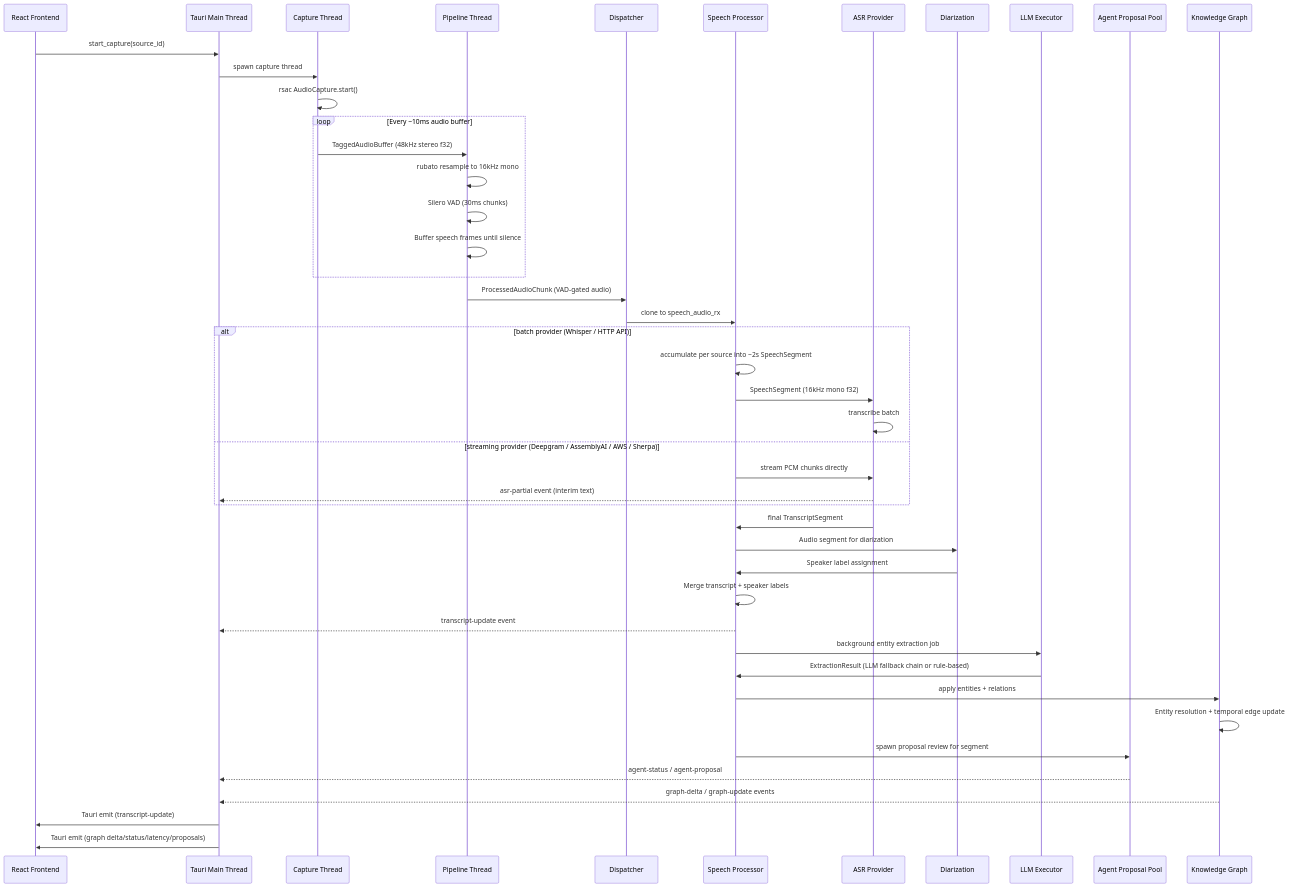
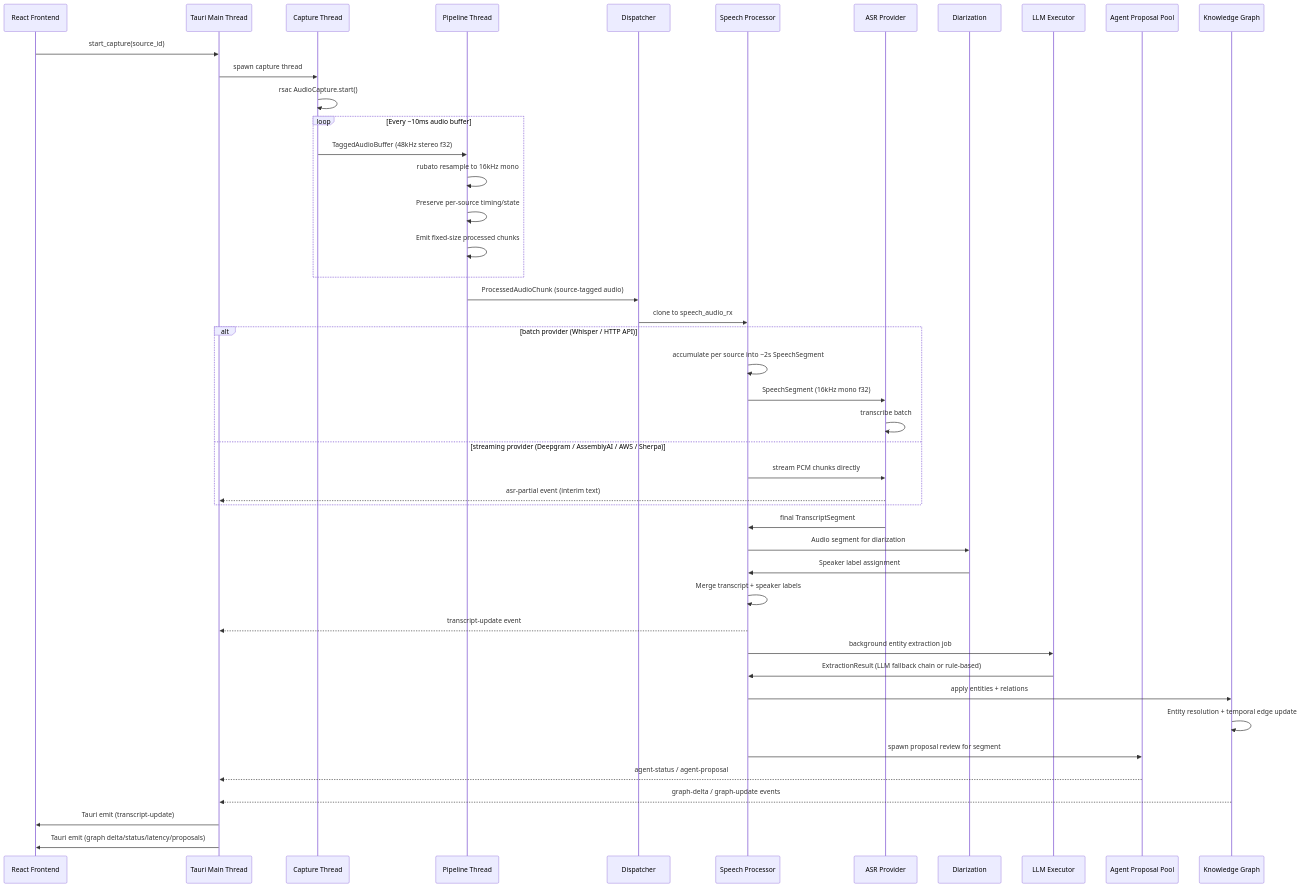
Before and after one commit to Codeseys-Labs/audio-graph: the sixth of 11 diagrams in docs/ARCHITECTURE.md, drawn with Mermaid. The commit also changed other lines of this file and 38 other files, not shown here.

````diff
--- a/docs/ARCHITECTURE.md
+++ b/docs/ARCHITECTURE.md
@@ -614,55 +622,55 @@
 ```mermaid
 sequenceDiagram
     participant UI as React Frontend
     participant Main as Tauri Main Thread
     participant Cap as Capture Thread
     participant Pipe as Pipeline Thread
     participant Disp as Dispatcher
     participant Speech as Speech Processor
     participant ASR as ASR Provider
     participant Diar as Diarization
     participant Exec as LLM Executor
     participant Agent as Agent Proposal Pool
     participant Graph as Knowledge Graph
 
     UI->>Main: start_capture(source_id)
     Main->>Cap: spawn capture thread
     Cap->>Cap: rsac AudioCapture.start()
 
     loop Every ~10ms audio buffer
         Cap->>Pipe: TaggedAudioBuffer (48kHz stereo f32)
         Pipe->>Pipe: rubato resample to 16kHz mono
-        Pipe->>Pipe: Silero VAD (30ms chunks)
-        Pipe->>Pipe: Buffer speech frames until silence
+        Pipe->>Pipe: Preserve per-source timing/state
+        Pipe->>Pipe: Emit fixed-size processed chunks
     end
 
-    Pipe->>Disp: ProcessedAudioChunk (VAD-gated audio)
+    Pipe->>Disp: ProcessedAudioChunk (source-tagged audio)
     Disp->>Speech: clone to speech_audio_rx
 
     alt batch provider (Whisper / HTTP API)
         Speech->>Speech: accumulate per source into ~2s SpeechSegment
         Speech->>ASR: SpeechSegment (16kHz mono f32)
         ASR->>ASR: transcribe batch
     else streaming provider (Deepgram / AssemblyAI / AWS / Sherpa)
         Speech->>ASR: stream PCM chunks directly
         ASR-->>Main: asr-partial event (interim text)
     end
 
     ASR->>Speech: final TranscriptSegment
 
     Speech->>Diar: Audio segment for diarization
     Diar->>Speech: Speaker label assignment
 
     Speech->>Speech: Merge transcript + speaker labels
     Speech-->>Main: transcript-update event
     Speech->>Exec: background entity extraction job
     Exec->>Speech: ExtractionResult (LLM fallback chain or rule-based)
     Speech->>Graph: apply entities + relations
     Graph->>Graph: Entity resolution + temporal edge update
     Speech->>Agent: spawn proposal review for segment
     Agent-->>Main: agent-status / agent-proposal
     Graph-->>Main: graph-delta / graph-update events
 
     Main->>UI: Tauri emit (transcript-update)
     Main->>UI: Tauri emit (graph delta/status/latency/proposals)
 ```
````
